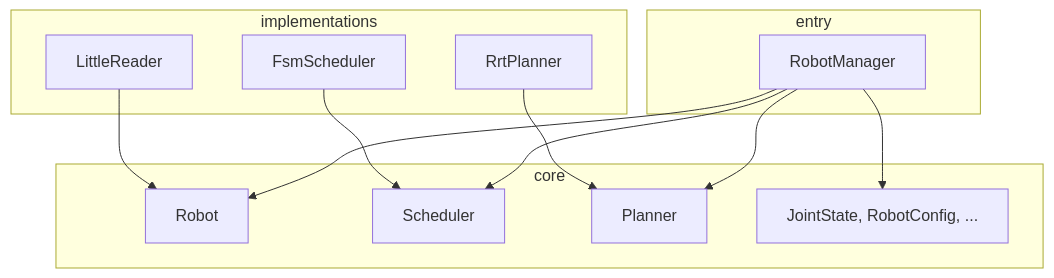
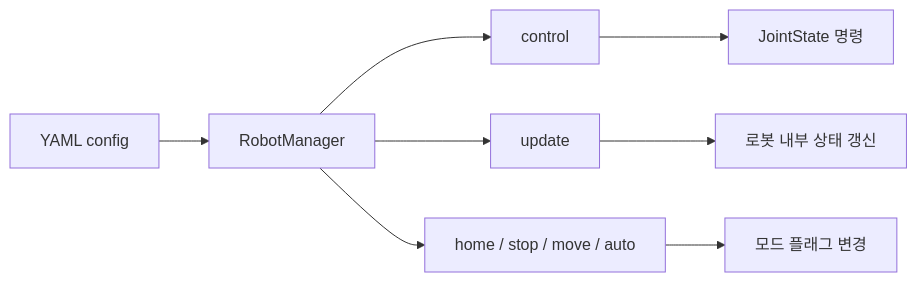
Before and after one commit to SeonilChoi/robot_manager: the first of 2 diagrams in src/robot_manager/README.md, drawn with Mermaid. The commit also changed other lines of this file and 4 other files, not shown here.

Commit message:
robot_manager.py updated

````diff
--- a/src/robot_manager/README.md
+++ b/src/robot_manager/README.md
@@ -22,24 +67,10 @@
 ```mermaid
-flowchart TB
-  subgraph entry
-    RM[RobotManager]
-  end
-  subgraph core
-    Robot[Robot]
-    Scheduler[Scheduler]
-    Planner[Planner]
-    Types[JointState, RobotConfig, ...]
-  end
-  subgraph implementations
-    FSM[FsmScheduler]
-    RrtPlanner[RrtPlanner]
-    LittleReader[LittleReader]
-  end
-  RM --> Robot
-  RM --> Scheduler
-  RM --> Planner
-  FSM --> Scheduler
-  RrtPlanner --> Planner
-  LittleReader --> Robot
-  RM --> Types
+flowchart LR
+  A[YAML config] --> B[RobotManager]
+  B --> C[control]
+  B --> D[update]
+  B --> E[home / stop / move / auto]
+  C --> F[JointState 명령]
+  D --> G[로봇 내부 상태 갱신]
+  E --> H[모드 플래그 변경]
 ```
````
